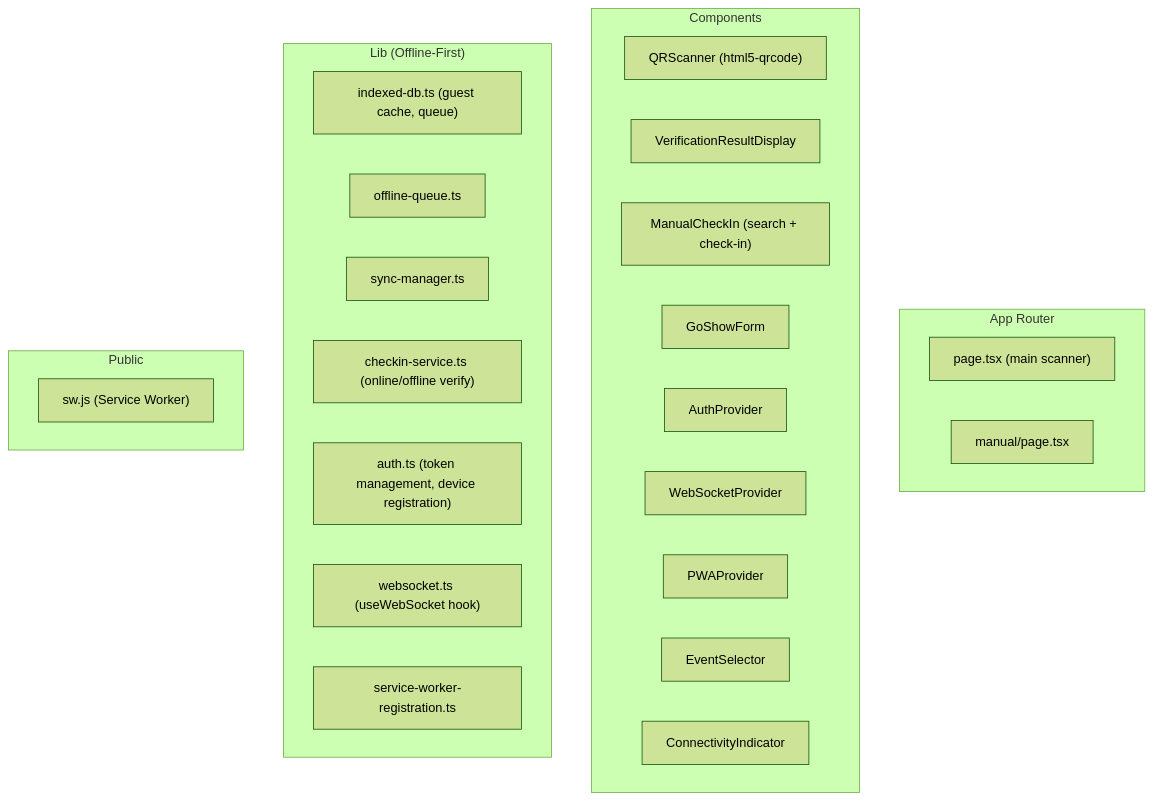
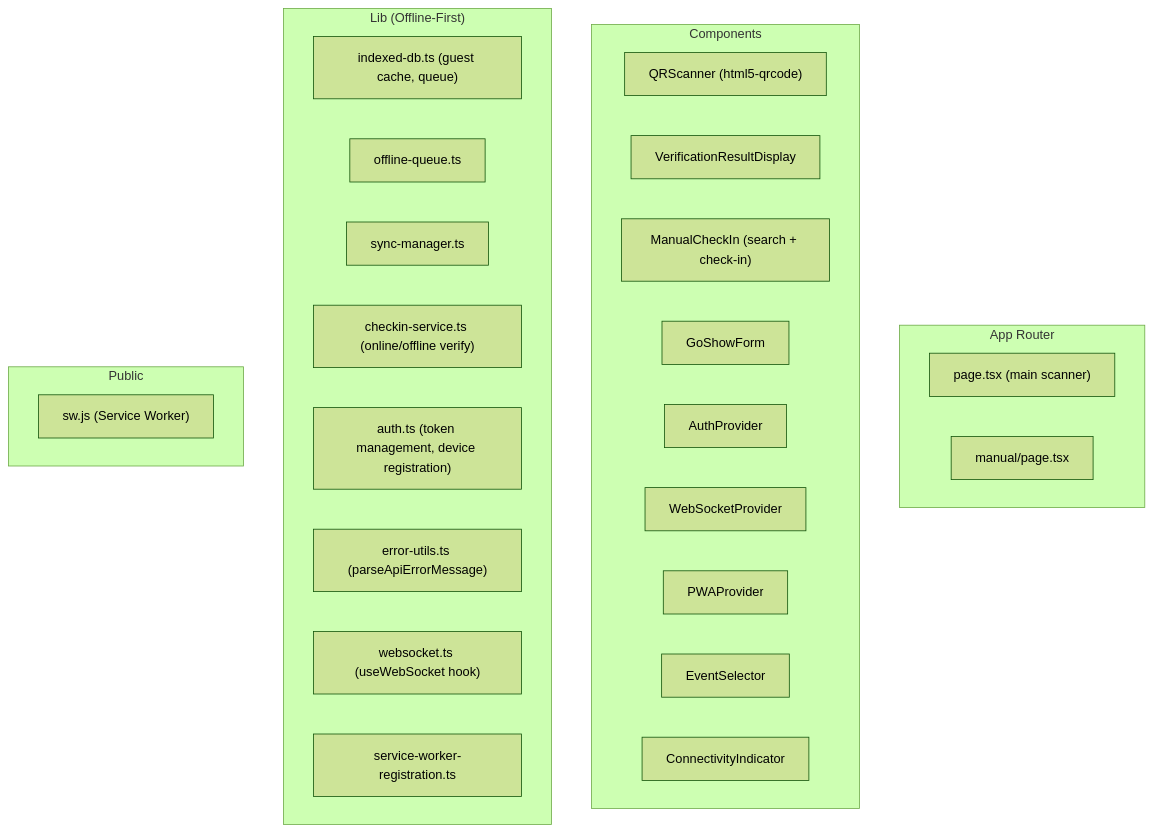
The fifth of 5 diagrams in .agents/summary/components.md (maru-story/wedding-ecosystem), drawn with Mermaid (forest theme) before and after one commit. The commit also changed other lines of this file and 18 other files, not shown here.

First line of the commit message:
fix(frontend): sync error message handling with backend ApiError format

````diff
--- a/.agents/summary/components.md
+++ b/.agents/summary/components.md
@@ -201,33 +206,34 @@
 ```mermaid
 graph TB
     subgraph "App Router"
         ScanPage["page.tsx (main scanner)"]
         ManualPage["manual/page.tsx"]
     end
 
     subgraph "Components"
         QRScanner["QRScanner (html5-qrcode)"]
         VerResult["VerificationResultDisplay"]
         ManualCI["ManualCheckIn (search + check-in)"]
         GoShow["GoShowForm"]
         AuthProv["AuthProvider"]
         WSProv["WebSocketProvider"]
         PWAProv["PWAProvider"]
         EventSel["EventSelector"]
         Connectivity["ConnectivityIndicator"]
     end
 
     subgraph "Lib (Offline-First)"
         IndexedDB["indexed-db.ts (guest cache, queue)"]
         OfflineQueue["offline-queue.ts"]
         SyncManager["sync-manager.ts"]
         CheckinSvc["checkin-service.ts (online/offline verify)"]
         AuthClient["auth.ts (token management, device registration)"]
+        ErrorUtils["error-utils.ts (parseApiErrorMessage)"]
         WS["websocket.ts (useWebSocket hook)"]
         SWReg["service-worker-registration.ts"]
     end
 
     subgraph "Public"
         SW["sw.js (Service Worker)"]
     end
 ```
````
